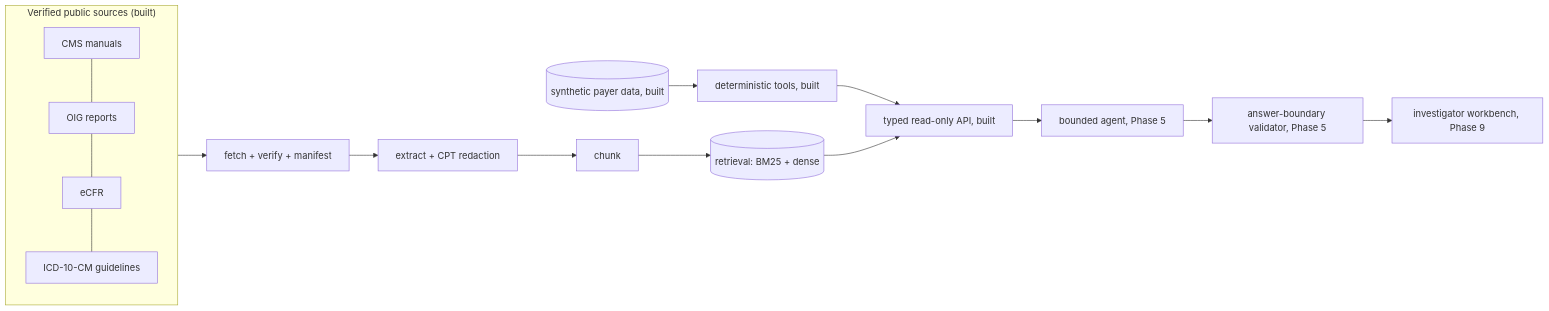
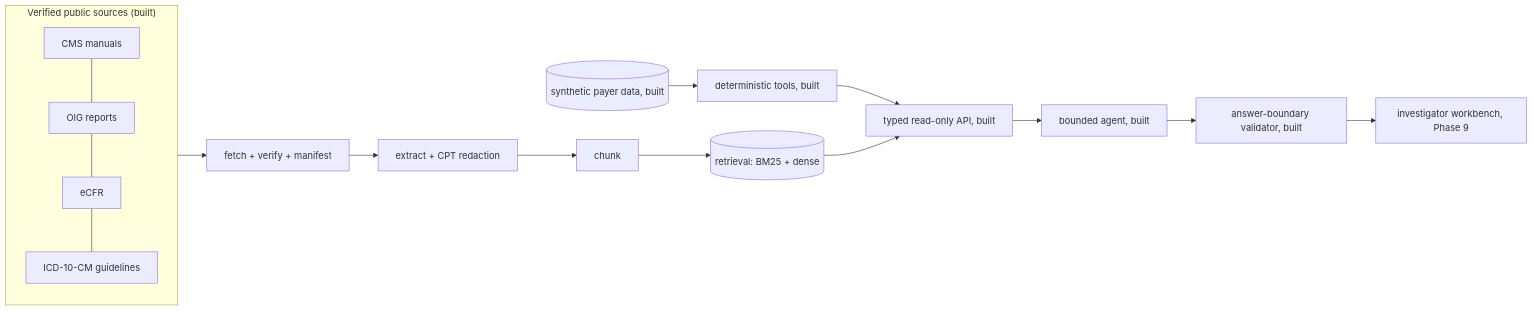
Before and after one commit to bowierliu/claimsignal: the diagram in docs/ARCHITECTURE.md, drawn with Mermaid. The commit also changed other lines of this file and 10 other files, not shown here.

Commit message:
Phase 5: smoke results, KF-023 to KF-028, decisions, answer boundary and report

````diff
--- a/docs/ARCHITECTURE.md
+++ b/docs/ARCHITECTURE.md
@@ -11,16 +11,16 @@
 ```mermaid
 flowchart LR
     subgraph Sources["Verified public sources (built)"]
         S1[CMS manuals] --- S2[OIG reports] --- S3[eCFR] --- S4[ICD-10-CM guidelines]
     end
     Sources --> F[fetch + verify + manifest]
     F --> X[extract + CPT redaction]
     X --> C[chunk]
     C --> R[(retrieval: BM25 + dense)]
     D[(synthetic payer data, built)] --> T[deterministic tools, built]
     T --> API[typed read-only API, built]
     R --> API
-    API --> A[bounded agent, Phase 5]
-    A --> V[answer-boundary validator, Phase 5]
+    API --> A[bounded agent, built]
+    A --> V[answer-boundary validator, built]
     V --> U[investigator workbench, Phase 9]
 ```
````
